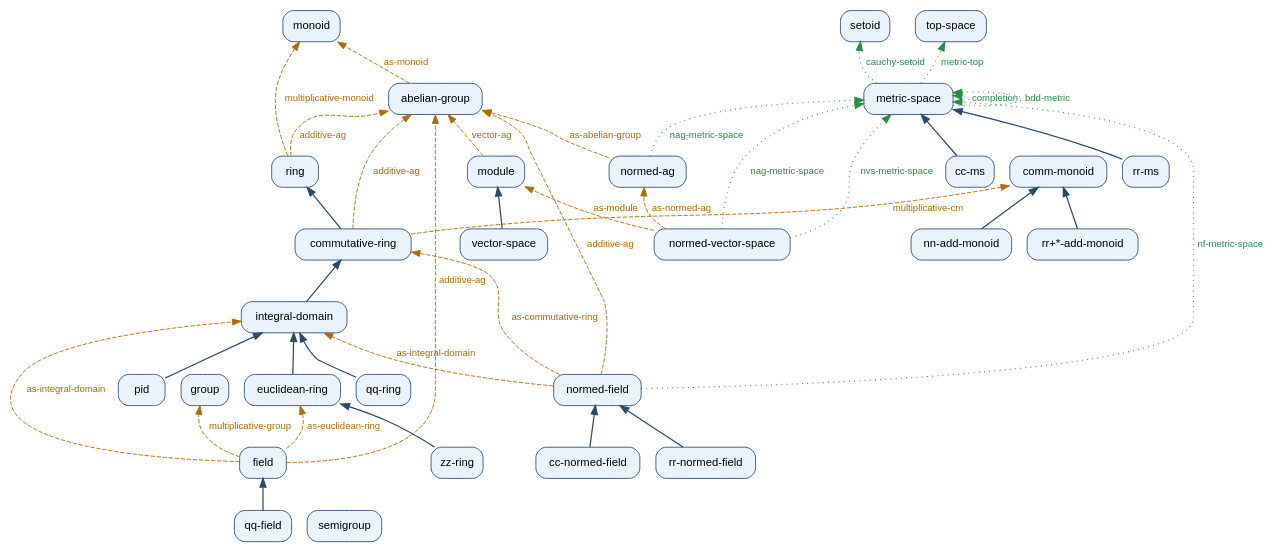
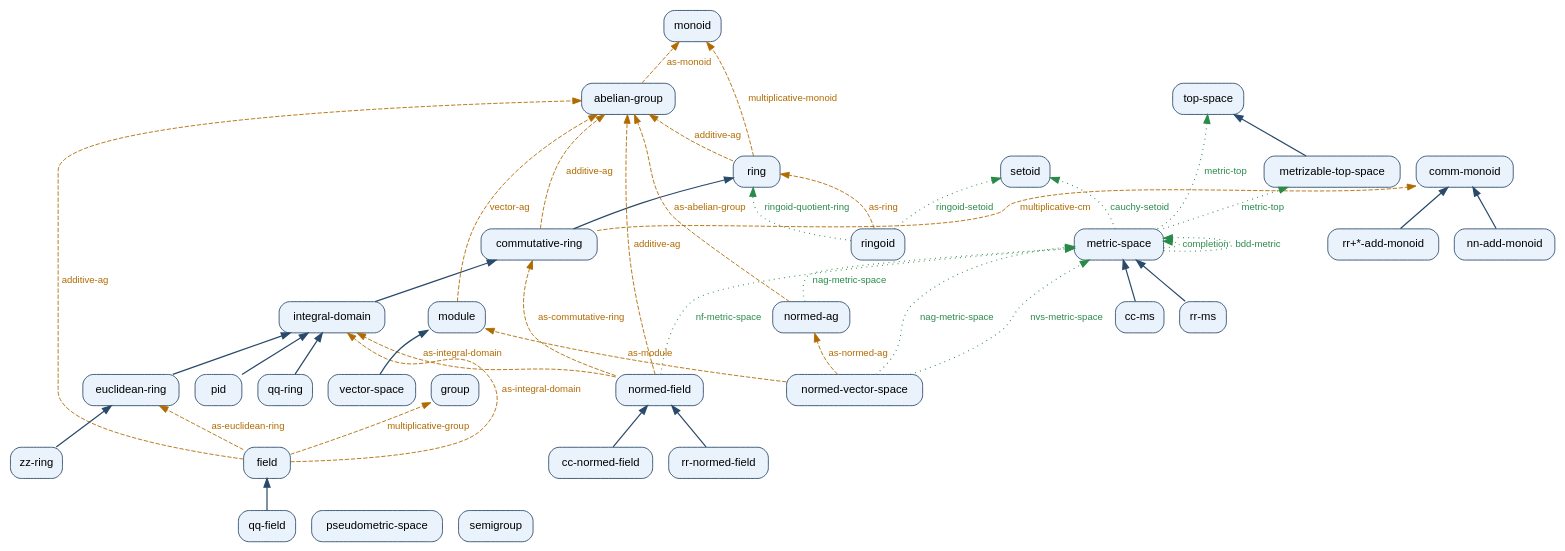
The diagram in reference/structure-graph.dot (JavierThayer/VNB), drawn with Graphviz before and after one commit. The commit also changed 25 other files, not shown here.

```diff
--- a/reference/structure-graph.dot
+++ b/reference/structure-graph.dot
@@ -14,6 +14,7 @@
   "group" [tooltip="group -- slots (carr opr iden inv)", URL="structure-graph.html#group"];
   "integral-domain" [tooltip="integral-domain -- slots (carr add mul neg zero one)", URL="structure-graph.html#integral-domain"];
   "metric-space" [tooltip="metric-space -- slots (pts dist)", URL="structure-graph.html#metric-space"];
+  "metrizable-top-space" [tooltip="metrizable-top-space -- slots (pts opens)", URL="structure-graph.html#metrizable-top-space"];
   "module" [tooltip="module -- slots (scal vec vadd vzero vneg act)", URL="structure-graph.html#module"];
   "monoid" [tooltip="monoid -- slots (carr opr iden)", URL="structure-graph.html#monoid"];
   "nn-add-monoid" [tooltip="nn-add-monoid -- slots (carr opr iden)", URL="structure-graph.html#nn-add-monoid"];
@@ -21,9 +22,11 @@
   "normed-field" [tooltip="normed-field -- slots (carr add mul neg zero one fnrm)", URL="structure-graph.html#normed-field"];
   "normed-vector-space" [tooltip="normed-vector-space -- slots (scal vec vadd vzero vneg act vnrm)", URL="structure-graph.html#normed-vector-space"];
   "pid" [tooltip="pid -- slots (carr add mul neg zero one)", URL="structure-graph.html#pid"];
+  "pseudometric-space" [tooltip="pseudometric-space -- slots (pts dist)", URL="structure-graph.html#pseudometric-space"];
   "qq-field" [tooltip="qq-field -- slots (carr add mul neg zero one non-zero recip)", URL="structure-graph.html#qq-field"];
   "qq-ring" [tooltip="qq-ring -- slots (carr add mul neg zero one)", URL="structure-graph.html#qq-ring"];
   "ring" [tooltip="ring -- slots (carr add mul neg zero one)", URL="structure-graph.html#ring"];
+  "ringoid" [tooltip="ringoid -- slots (carr add mul neg zero one idl)", URL="structure-graph.html#ringoid"];
   "rr+*-add-monoid" [tooltip="rr+*-add-monoid -- slots (carr opr iden)", URL="structure-graph.html#rr+*-add-monoid"];
   "rr-ms" [tooltip="rr-ms -- slots (pts dist)", URL="structure-graph.html#rr-ms"];
   "rr-normed-field" [tooltip="rr-normed-field -- slots (carr add mul neg zero one fnrm)", URL="structure-graph.html#rr-normed-field"];
@@ -34,11 +37,12 @@
   "zz-ring" [tooltip="zz-ring -- slots (carr add mul neg zero one)", URL="structure-graph.html#zz-ring"];
 
   // refines (specialisation): child -> parent
+  "metrizable-top-space" -> "top-space" [color="#2a4a6a", penwidth=1.4, tooltip="metrizable-top-space refines top-space"];
   "rr-ms" -> "metric-space" [color="#2a4a6a", penwidth=1.4, tooltip="rr-ms refines metric-space"];
   "qq-field" -> "field" [color="#2a4a6a", penwidth=1.4, tooltip="qq-field refines field"];
   "pid" -> "integral-domain" [color="#2a4a6a", penwidth=1.4, tooltip="pid refines integral-domain"];
+  "rr-normed-field" -> "normed-field" [color="#2a4a6a", penwidth=1.4, tooltip="rr-normed-field refines normed-field"];
   "commutative-ring" -> "ring" [color="#2a4a6a", penwidth=1.4, tooltip="commutative-ring refines ring"];
-  "rr-normed-field" -> "normed-field" [color="#2a4a6a", penwidth=1.4, tooltip="rr-normed-field refines normed-field"];
   "cc-normed-field" -> "normed-field" [color="#2a4a6a", penwidth=1.4, tooltip="cc-normed-field refines normed-field"];
   "zz-ring" -> "euclidean-ring" [color="#2a4a6a", penwidth=1.4, tooltip="zz-ring refines euclidean-ring"];
   "nn-add-monoid" -> "comm-monoid" [color="#2a4a6a", penwidth=1.4, tooltip="nn-add-monoid refines comm-monoid"];
@@ -50,29 +54,33 @@
   "rr+*-add-monoid" -> "comm-monoid" [color="#2a4a6a", penwidth=1.4, tooltip="rr+*-add-monoid refines comm-monoid"];
 
   // view-as (forgetful / component maps): source -> target
+  "field" -> "euclidean-ring" [style=dashed, color="#b06a00", fontcolor="#b06a00", label="as-euclidean-ring", tooltip="field-as-euclidean-ring :  field -> euclidean-ring    (carr add mul neg zero one) |-> (carr add mul neg zero one)", URL="structure-graph.html#views"];
+  "commutative-ring" -> "comm-monoid" [style=dashed, color="#b06a00", fontcolor="#b06a00", label="multiplicative-cm", tooltip="commutative-ring-multiplicative-cm :  commutative-ring -> comm-monoid    (carr mul one) |-> (carr opr iden)", URL="structure-graph.html#views"];
   "ring" -> "abelian-group" [style=dashed, color="#b06a00", fontcolor="#b06a00", label="additive-ag", tooltip="ring-additive-ag :  ring -> abelian-group    (carr add zero neg) |-> (carr opr iden inv)", URL="structure-graph.html#views"];
-  "field" -> "euclidean-ring" [style=dashed, color="#b06a00", fontcolor="#b06a00", label="as-euclidean-ring", tooltip="field-as-euclidean-ring :  field -> euclidean-ring    (carr add mul neg zero one) |-> (carr add mul neg zero one)", URL="structure-graph.html#views"];
-  "normed-vector-space" -> "module" [style=dashed, color="#b06a00", fontcolor="#b06a00", label="as-module", tooltip="normed-vector-space-as-module :  normed-vector-space -> module    (scal vec vadd vzero vneg act) |-> (scal vec vadd vzero vneg act)", URL="structure-graph.html#views"];
+  "commutative-ring" -> "abelian-group" [style=dashed, color="#b06a00", fontcolor="#b06a00", label="additive-ag", tooltip="commutative-ring-additive-ag :  commutative-ring -> abelian-group    (carr add zero neg) |-> (carr opr iden inv)", URL="structure-graph.html#views"];
+  "ringoid" -> "ring" [style=dashed, color="#b06a00", fontcolor="#b06a00", label="as-ring", tooltip="ringoid-as-ring :  ringoid -> ring    (carr add mul neg zero one) |-> (carr add mul neg zero one)", URL="structure-graph.html#views"];
+  "abelian-group" -> "monoid" [style=dashed, color="#b06a00", fontcolor="#b06a00", label="as-monoid", tooltip="abelian-group-as-monoid :  abelian-group -> monoid    (carr opr iden) |-> (carr opr iden)", URL="structure-graph.html#views"];
   "normed-vector-space" -> "normed-ag" [style=dashed, color="#b06a00", fontcolor="#b06a00", label="as-normed-ag", tooltip="normed-vector-space-as-normed-ag :  normed-vector-space -> normed-ag    (vec vadd vzero vneg vnrm) |-> (carr opr iden inv nrm)", URL="structure-graph.html#views"];
   "field" -> "integral-domain" [style=dashed, color="#b06a00", fontcolor="#b06a00", label="as-integral-domain", tooltip="field-as-integral-domain :  field -> integral-domain    (carr add mul neg zero one) |-> (carr add mul neg zero one)", URL="structure-graph.html#views"];
-  "commutative-ring" -> "comm-monoid" [style=dashed, color="#b06a00", fontcolor="#b06a00", label="multiplicative-cm", tooltip="commutative-ring-multiplicative-cm :  commutative-ring -> comm-monoid    (carr mul one) |-> (carr opr iden)", URL="structure-graph.html#views"];
+  "normed-field" -> "abelian-group" [style=dashed, color="#b06a00", fontcolor="#b06a00", label="additive-ag", tooltip="normed-field-additive-ag :  normed-field -> abelian-group    (carr add zero neg) |-> (carr opr iden inv)", URL="structure-graph.html#views"];
+  "module" -> "abelian-group" [style=dashed, color="#b06a00", fontcolor="#b06a00", label="vector-ag", tooltip="module-vector-ag :  module -> abelian-group    (vec vadd vzero vneg) |-> (carr opr iden inv)", URL="structure-graph.html#views"];
   "field" -> "group" [style=dashed, color="#b06a00", fontcolor="#b06a00", label="multiplicative-group", tooltip="field-multiplicative-group :  field -> group    (non-zero mul one recip) |-> (carr opr iden inv)", URL="structure-graph.html#views"];
+  "normed-vector-space" -> "module" [style=dashed, color="#b06a00", fontcolor="#b06a00", label="as-module", tooltip="normed-vector-space-as-module :  normed-vector-space -> module    (scal vec vadd vzero vneg act) |-> (scal vec vadd vzero vneg act)", URL="structure-graph.html#views"];
+  "normed-field" -> "integral-domain" [style=dashed, color="#b06a00", fontcolor="#b06a00", label="as-integral-domain", tooltip="normed-field-as-integral-domain :  normed-field -> integral-domain    (carr add mul neg zero one) |-> (carr add mul neg zero one)", URL="structure-graph.html#views"];
+  "field" -> "abelian-group" [style=dashed, color="#b06a00", fontcolor="#b06a00", label="additive-ag", tooltip="field-additive-ag :  field -> abelian-group    (carr add zero neg) |-> (carr opr iden inv)", URL="structure-graph.html#views"];
   "ring" -> "monoid" [style=dashed, color="#b06a00", fontcolor="#b06a00", label="multiplicative-monoid", tooltip="ring-multiplicative-monoid :  ring -> monoid    (carr mul one) |-> (carr opr iden)", URL="structure-graph.html#views"];
-  "field" -> "abelian-group" [style=dashed, color="#b06a00", fontcolor="#b06a00", label="additive-ag", tooltip="field-additive-ag :  field -> abelian-group    (carr add zero neg) |-> (carr opr iden inv)", URL="structure-graph.html#views"];
-  "abelian-group" -> "monoid" [style=dashed, color="#b06a00", fontcolor="#b06a00", label="as-monoid", tooltip="abelian-group-as-monoid :  abelian-group -> monoid    (carr opr iden) |-> (carr opr iden)", URL="structure-graph.html#views"];
-  "module" -> "abelian-group" [style=dashed, color="#b06a00", fontcolor="#b06a00", label="vector-ag", tooltip="module-vector-ag :  module -> abelian-group    (vec vadd vzero vneg) |-> (carr opr iden inv)", URL="structure-graph.html#views"];
   "normed-ag" -> "abelian-group" [style=dashed, color="#b06a00", fontcolor="#b06a00", label="as-abelian-group", tooltip="normed-ag-as-abelian-group :  normed-ag -> abelian-group    (carr opr iden inv) |-> (carr opr iden inv)", URL="structure-graph.html#views"];
-  "commutative-ring" -> "abelian-group" [style=dashed, color="#b06a00", fontcolor="#b06a00", label="additive-ag", tooltip="commutative-ring-additive-ag :  commutative-ring -> abelian-group    (carr add zero neg) |-> (carr opr iden inv)", URL="structure-graph.html#views"];
-  "normed-field" -> "integral-domain" [style=dashed, color="#b06a00", fontcolor="#b06a00", label="as-integral-domain", tooltip="normed-field-as-integral-domain :  normed-field -> integral-domain    (carr add mul neg zero one) |-> (carr add mul neg zero one)", URL="structure-graph.html#views"];
   "normed-field" -> "commutative-ring" [style=dashed, color="#b06a00", fontcolor="#b06a00", label="as-commutative-ring", tooltip="normed-field-as-commutative-ring :  normed-field -> commutative-ring    (carr add mul neg zero one) |-> (carr add mul neg zero one)", URL="structure-graph.html#views"];
-  "normed-field" -> "abelian-group" [style=dashed, color="#b06a00", fontcolor="#b06a00", label="additive-ag", tooltip="normed-field-additive-ag :  normed-field -> abelian-group    (carr add zero neg) |-> (carr opr iden inv)", URL="structure-graph.html#views"];
 
   // bridges (structure-valued functoids): source -> target
+  "ringoid" -> "setoid" [style=dotted, color="#2a8a4a", fontcolor="#2a8a4a", penwidth=1.3, label="ringoid-setoid", tooltip="ringoid-setoid :  ringoid -> setoid    (constructor functoid)", URL="structure-graph.html#setoid"];
   "normed-vector-space" -> "metric-space" [style=dotted, color="#2a8a4a", fontcolor="#2a8a4a", penwidth=1.3, label="nag-metric-space", tooltip="nag-metric-space :  normed-vector-space -> metric-space    (constructor functoid)", URL="structure-graph.html#metric-space"];
+  "metric-space" -> "metrizable-top-space" [style=dotted, color="#2a8a4a", fontcolor="#2a8a4a", penwidth=1.3, label="metric-top", tooltip="metric-top :  metric-space -> metrizable-top-space    (constructor functoid)", URL="structure-graph.html#metrizable-top-space"];
   "metric-space" -> "top-space" [style=dotted, color="#2a8a4a", fontcolor="#2a8a4a", penwidth=1.3, label="metric-top", tooltip="metric-top :  metric-space -> top-space    (constructor functoid)", URL="structure-graph.html#top-space"];
   "normed-ag" -> "metric-space" [style=dotted, color="#2a8a4a", fontcolor="#2a8a4a", penwidth=1.3, label="nag-metric-space", tooltip="nag-metric-space :  normed-ag -> metric-space    (constructor functoid)", URL="structure-graph.html#metric-space"];
   "normed-field" -> "metric-space" [style=dotted, color="#2a8a4a", fontcolor="#2a8a4a", penwidth=1.3, label="nf-metric-space", tooltip="nf-metric-space :  normed-field -> metric-space    (constructor functoid)", URL="structure-graph.html#metric-space"];
   "metric-space" -> "metric-space" [style=dotted, color="#2a8a4a", fontcolor="#2a8a4a", penwidth=1.3, label="completion", tooltip="completion :  metric-space -> metric-space    (constructor functoid)", URL="structure-graph.html#metric-space"];
+  "ringoid" -> "ring" [style=dotted, color="#2a8a4a", fontcolor="#2a8a4a", penwidth=1.3, label="ringoid-quotient-ring", tooltip="ringoid-quotient-ring :  ringoid -> ring    (constructor functoid)", URL="structure-graph.html#ring"];
   "metric-space" -> "metric-space" [style=dotted, color="#2a8a4a", fontcolor="#2a8a4a", penwidth=1.3, label="bdd-metric", tooltip="bdd-metric :  metric-space -> metric-space    (constructor functoid)", URL="structure-graph.html#metric-space"];
   "normed-vector-space" -> "metric-space" [style=dotted, color="#2a8a4a", fontcolor="#2a8a4a", penwidth=1.3, label="nvs-metric-space", tooltip="nvs-metric-space :  normed-vector-space -> metric-space    (constructor functoid)", URL="structure-graph.html#metric-space"];
   "metric-space" -> "setoid" [style=dotted, color="#2a8a4a", fontcolor="#2a8a4a", penwidth=1.3, label="cauchy-setoid", tooltip="cauchy-setoid :  metric-space -> setoid    (constructor functoid)", URL="structure-graph.html#setoid"];
```
